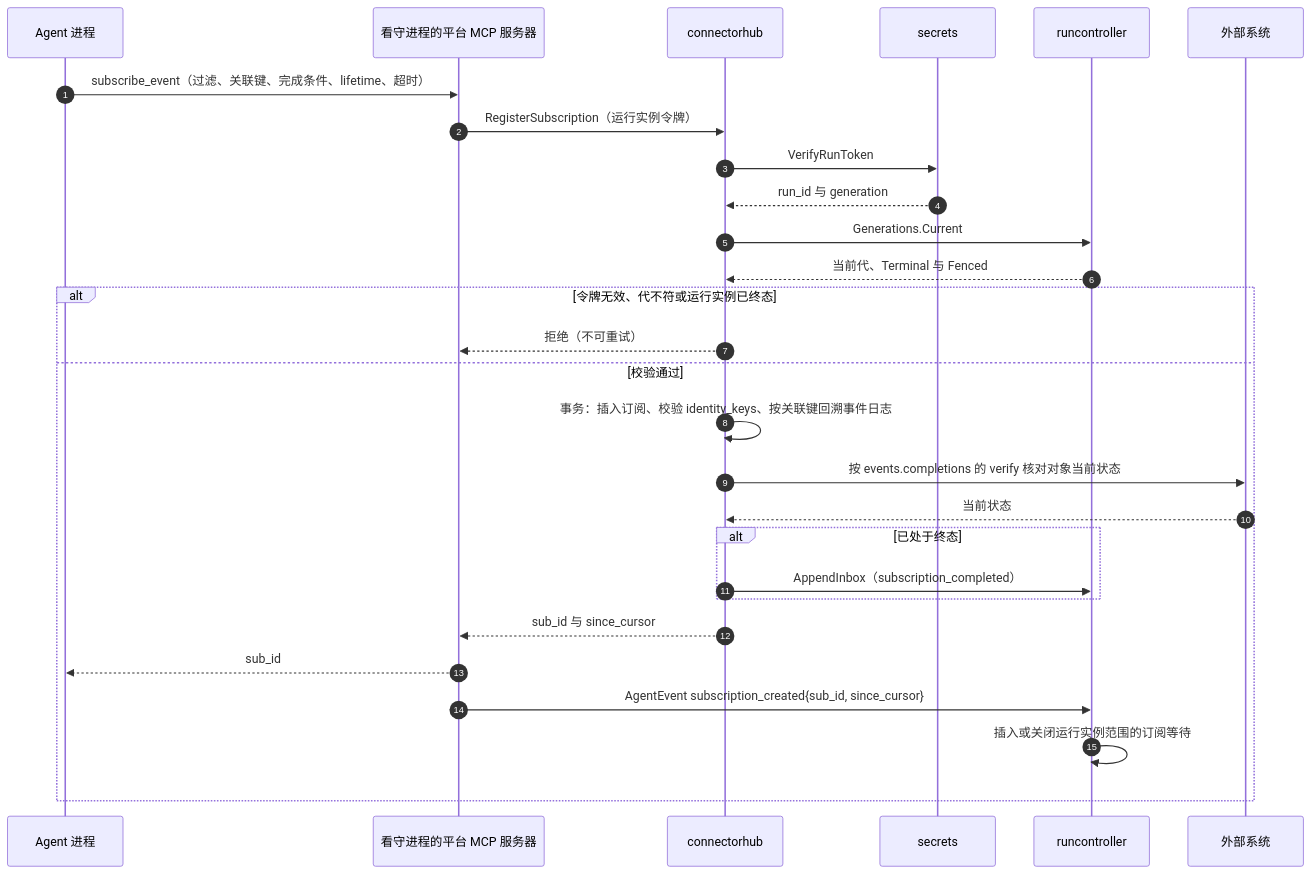
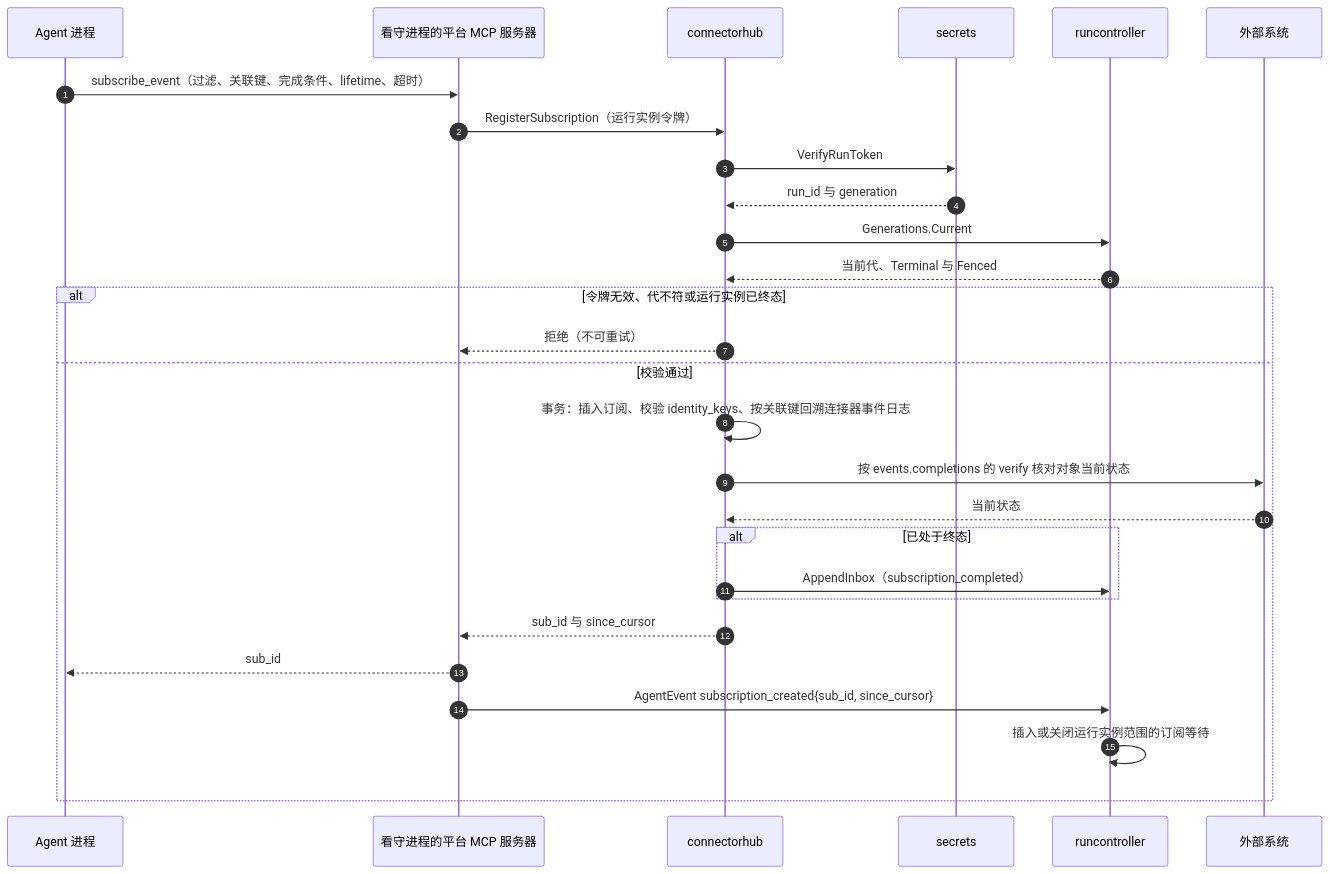
Before and after one commit to wangzw/castworks: the second of 4 diagrams in docs/design/modules/connectorhub/design-connectorhub.md, drawn with Mermaid. The commit also changed other lines of this file and 37 other files, not shown here.

````diff
--- a/docs/design/modules/connectorhub/design-connectorhub.md
+++ b/docs/design/modules/connectorhub/design-connectorhub.md
@@ -320,30 +349,30 @@
 ```mermaid
 sequenceDiagram
     autonumber
     participant A as Agent 进程
     participant W as 看守进程的平台 MCP 服务器
     participant C as connectorhub
     participant S as secrets
     participant R as runcontroller
     participant X as 外部系统
     A->>W: subscribe_event（过滤、关联键、完成条件、lifetime、超时）
     W->>C: RegisterSubscription（运行实例令牌）
     C->>S: VerifyRunToken
     S-->>C: run_id 与 generation
     C->>R: Generations.Current
     R-->>C: 当前代、Terminal 与 Fenced
     alt 令牌无效、代不符或运行实例已终态
         C-->>W: 拒绝（不可重试）
     else 校验通过
-        C->>C: 事务：插入订阅、校验 identity_keys、按关联键回溯事件日志
+        C->>C: 事务：插入订阅、校验 identity_keys、按关联键回溯连接器事件日志
         C->>X: 按 events.completions 的 verify 核对对象当前状态
         X-->>C: 当前状态
         alt 已处于终态
             C->>R: AppendInbox（subscription_completed）
         end
         C-->>W: sub_id 与 since_cursor
         W-->>A: sub_id
         W->>R: AgentEvent subscription_created{sub_id, since_cursor}
         R->>R: 插入或关闭运行实例范围的订阅等待
     end
 ```
````
